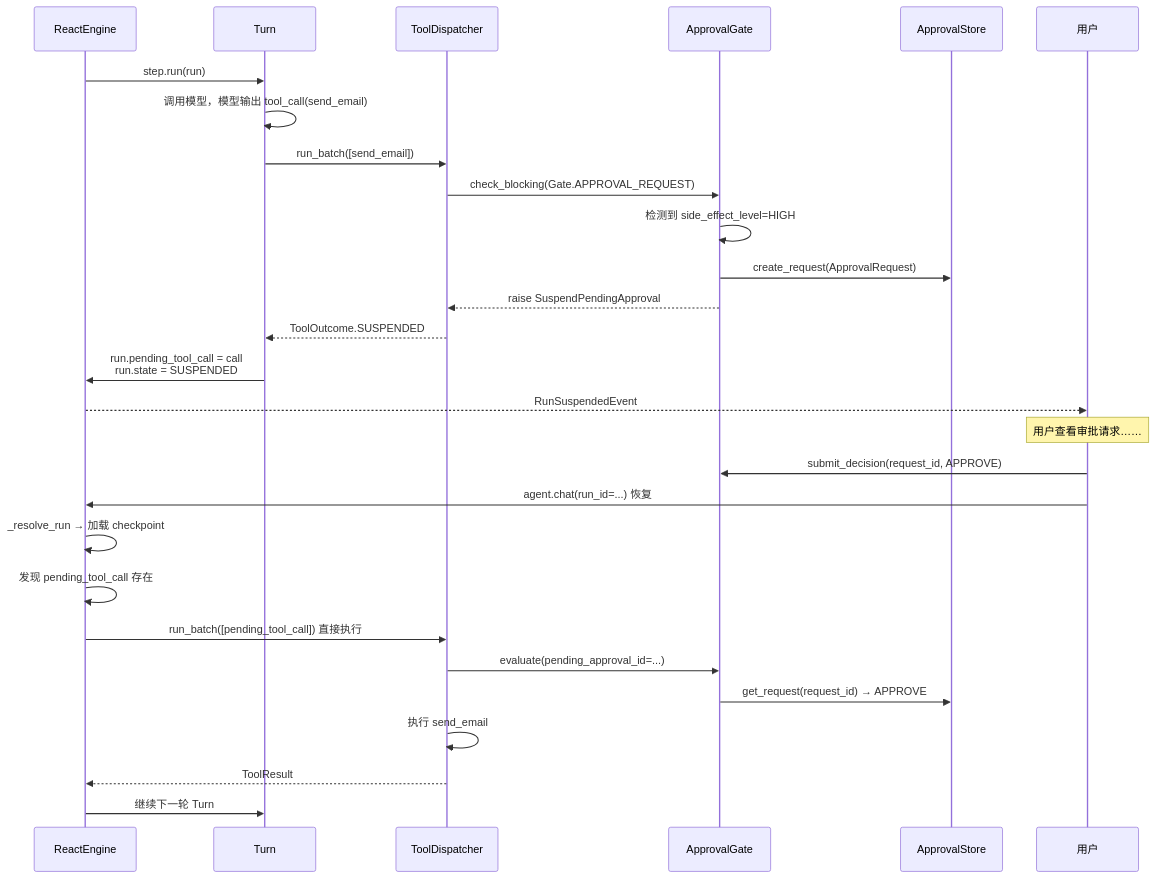
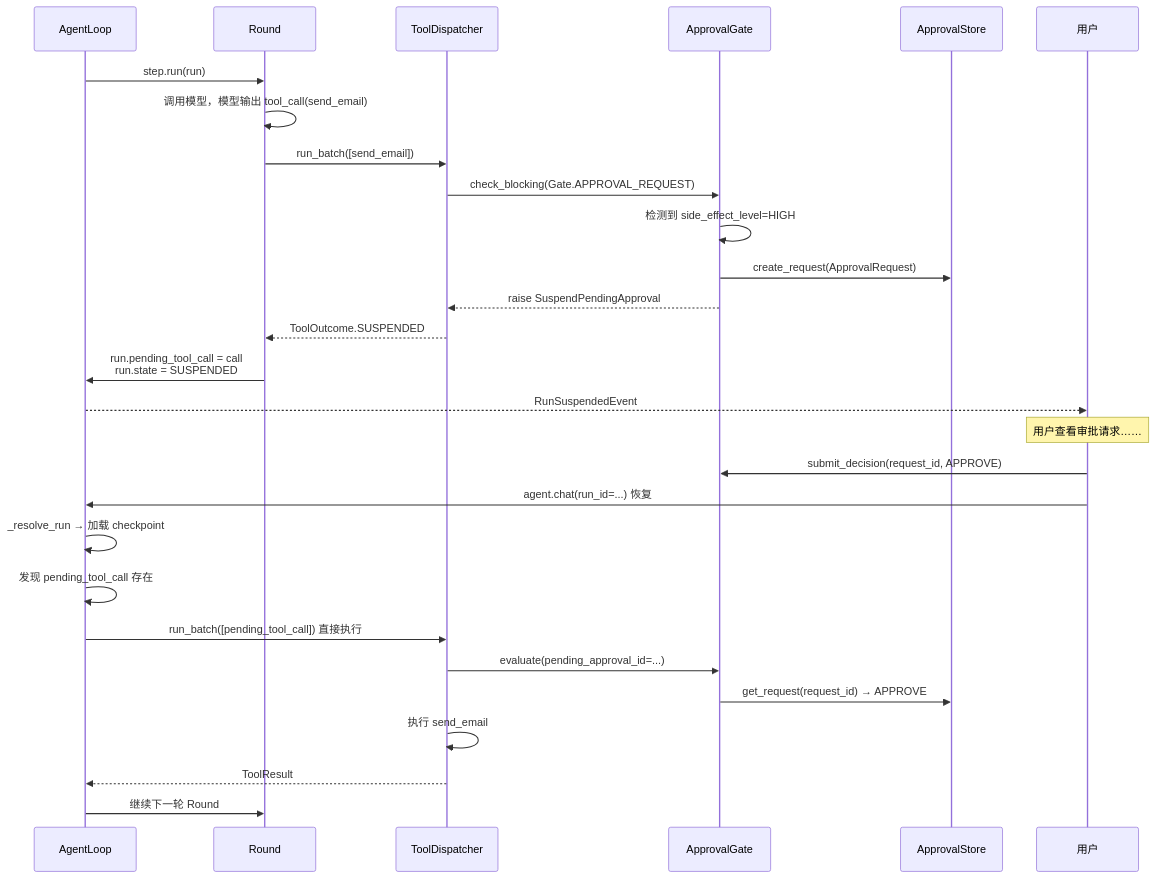
Before and after one commit to limenagent/prodagent: the diagram in docs/book/ch09.md, drawn with Mermaid. The commit also changed other lines of this file and 44 other files, not shown here.

````diff
--- a/docs/book/ch09.md
+++ b/docs/book/ch09.md
@@ -25,30 +25,30 @@
 ```mermaid
 sequenceDiagram
-    participant L as ReactEngine
-    participant S as Turn
+    participant L as AgentLoop
+    participant S as Round
     participant D as ToolDispatcher
     participant G as ApprovalGate
     participant A as ApprovalStore
     participant U as 用户
     L->>S: step.run(run)
     S->>S: 调用模型，模型输出 tool_call(send_email)
     S->>D: run_batch([send_email])
     D->>G: check_blocking(Gate.APPROVAL_REQUEST)
     G->>G: 检测到 side_effect_level=HIGH
     G->>A: create_request(ApprovalRequest)
     G-->>D: raise SuspendPendingApproval
     D-->>S: ToolOutcome.SUSPENDED
     S->>L: run.pending_tool_call = call<br/>run.state = SUSPENDED
     L-->>U: RunSuspendedEvent
     Note over U: 用户查看审批请求……
     U->>G: submit_decision(request_id, APPROVE)
     U->>L: agent.chat(run_id=...) 恢复
     L->>L: _resolve_run → 加载 checkpoint
     L->>L: 发现 pending_tool_call 存在
     L->>D: run_batch([pending_tool_call]) 直接执行
     D->>G: evaluate(pending_approval_id=...)
     G->>A: get_request(request_id) → APPROVE
     D->>D: 执行 send_email
     D-->>L: ToolResult
-    L->>S: 继续下一轮 Turn
+    L->>S: 继续下一轮 Round
 ```
````
